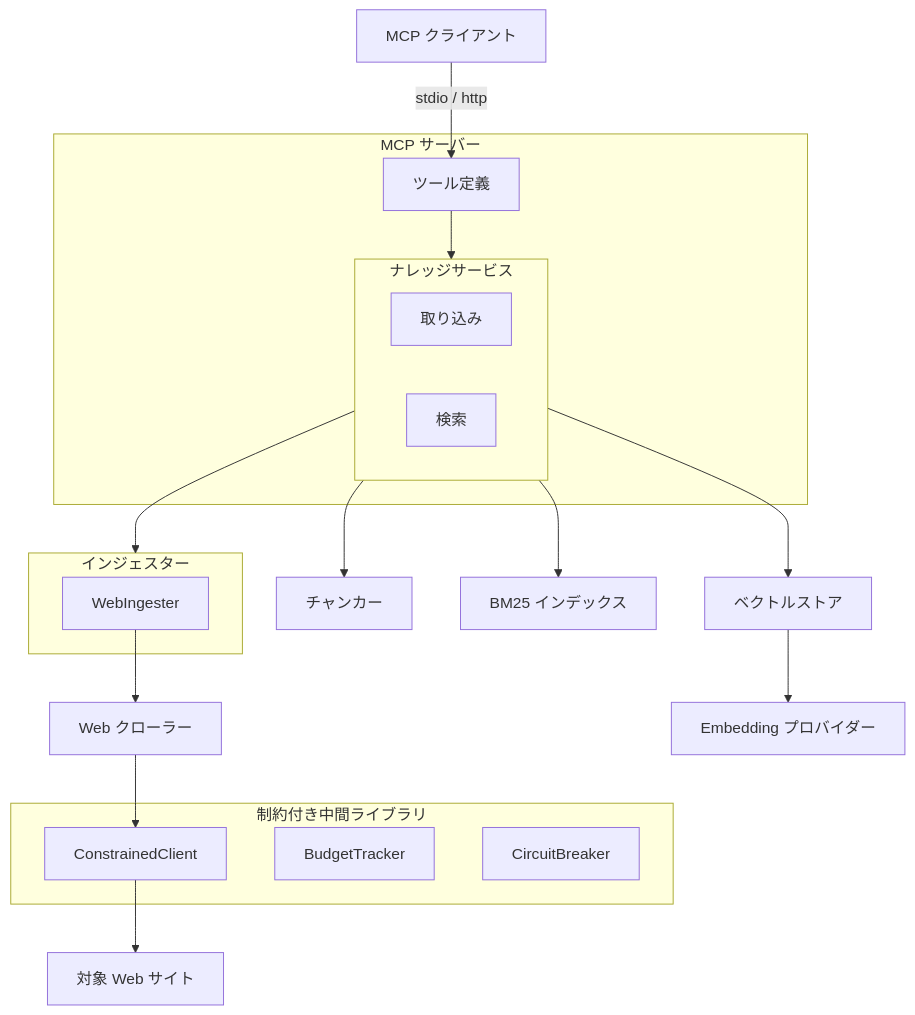
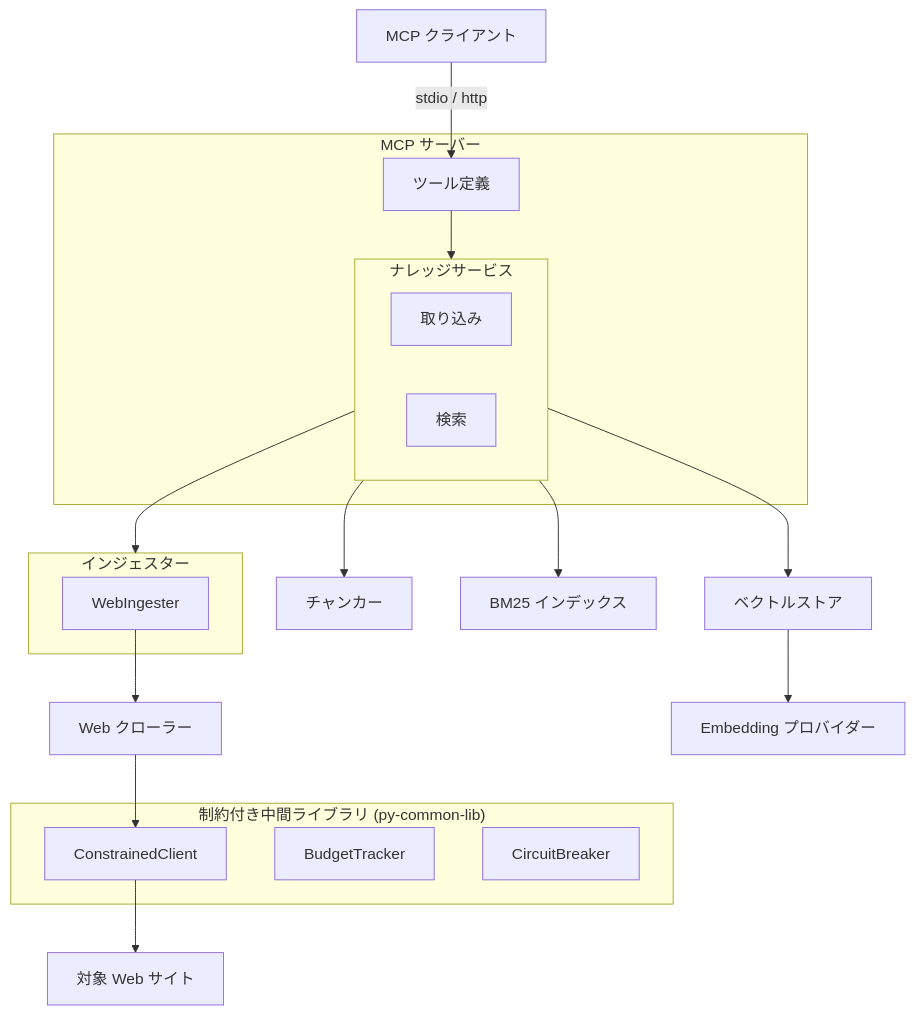
Before and after one commit to becky3/rag-knowledge: the first of 4 diagrams in docs/specs/rag-knowledge.md, drawn with Mermaid. The commit also changed other lines of this file and 1 other file, not shown here.

Commit message:
docs(rag-knowledge): 仕様書・README に py-common-lib 提供を明記 (py-common-lib#3)

````diff
--- a/docs/specs/rag-knowledge.md
+++ b/docs/specs/rag-knowledge.md
@@ -119,41 +119,41 @@
 ```mermaid
 flowchart TB
     CLIENT["MCP クライアント"]
 
     subgraph MCP["MCP サーバー"]
         TOOLS["ツール定義"]
         subgraph Service["ナレッジサービス"]
             INGEST["取り込み"]
             RETRIEVE["検索"]
         end
     end
 
     subgraph Ingesters["インジェスター"]
         WING["WebIngester"]
     end
 
     CRAWLER["Web クローラー"]
 
-    subgraph Safety["制約付き中間ライブラリ"]
+    subgraph Safety["制約付き中間ライブラリ (py-common-lib)"]
         CC["ConstrainedClient"]
         BT["BudgetTracker"]
         CB["CircuitBreaker"]
     end
 
     CHUNKER["チャンカー"]
     VECTOR["ベクトルストア"]
     BM25["BM25 インデックス"]
     EMBED["Embedding プロバイダー"]
     WEB["対象 Web サイト"]
 
     CLIENT -->|stdio / http| TOOLS
     TOOLS --> Service
     Service --> Ingesters
     WING --> CRAWLER
     CRAWLER --> CC
     CC --> WEB
     Service --> CHUNKER
     Service --> VECTOR
     Service --> BM25
     VECTOR --> EMBED
 ```
````
